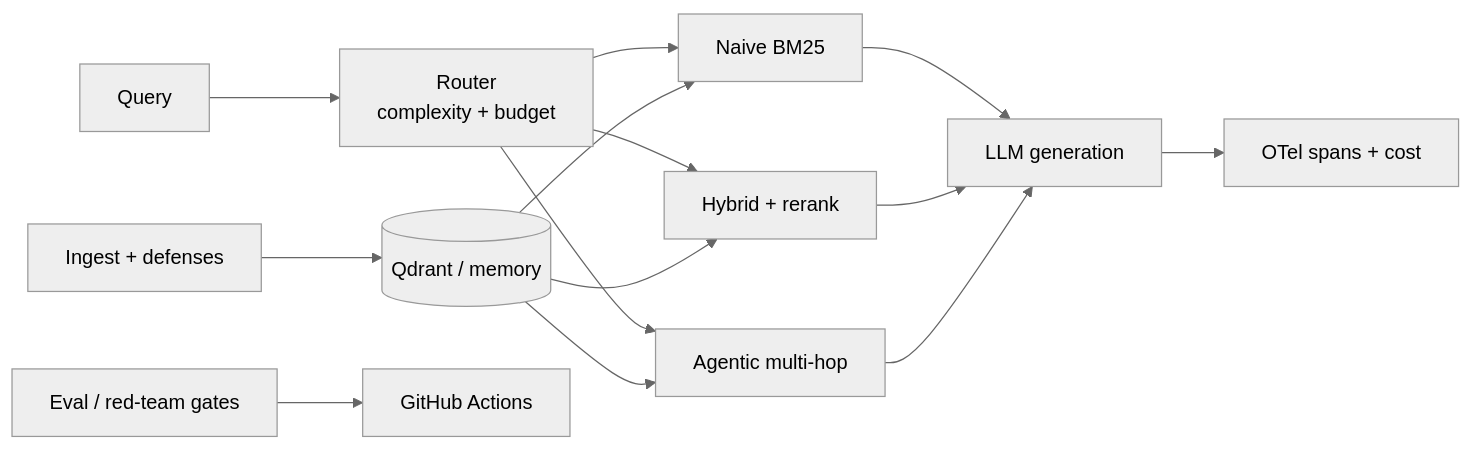
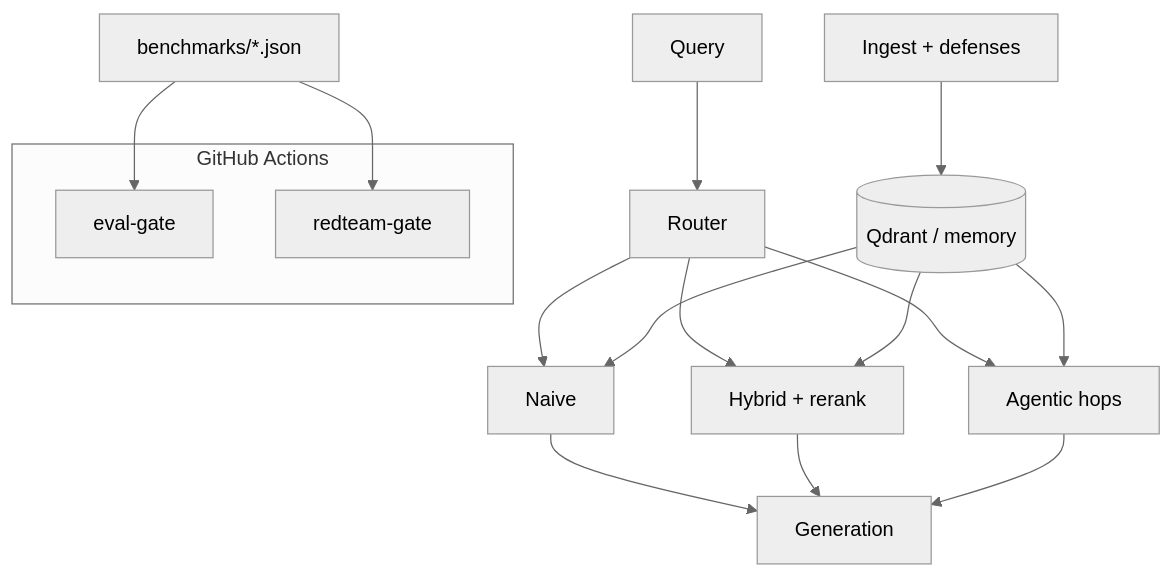
The diagram in README.md (prakash888kp/SentinelRAG), drawn with Mermaid (neutral theme) before and after one commit. The commit also changed other lines of this file and 45 other files, not shown here.

````diff
--- a/README.md
+++ b/README.md
@@ -26,12 +29,15 @@
 ```mermaid
-flowchart LR
-  Q[Query] --> R[Router<br/>complexity + budget]
-  R --> N[Naive BM25]
-  R --> H[Hybrid + rerank]
-  R --> A[Agentic multi-hop]
-  N & H & A --> G[LLM generation]
-  G --> O[OTel spans + cost]
+flowchart TB
+  subgraph ci [GitHub Actions]
+    E[eval-gate]
+    R[redteam-gate]
+  end
+  Q[Query] --> RT[Router]
+  RT --> N[Naive]
+  RT --> H[Hybrid + rerank]
+  RT --> A[Agentic hops]
+  N & H & A --> LLM[Generation]
   I[Ingest + defenses] --> V[(Qdrant / memory)]
   V --> N & H & A
-  E[Eval / red-team gates] --> CI[GitHub Actions]
+  B[benchmarks/*.json] --> E & R
 ```
````
